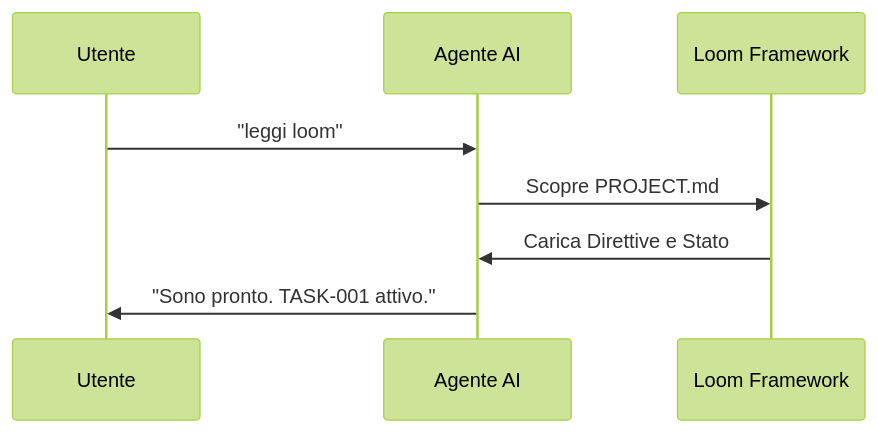
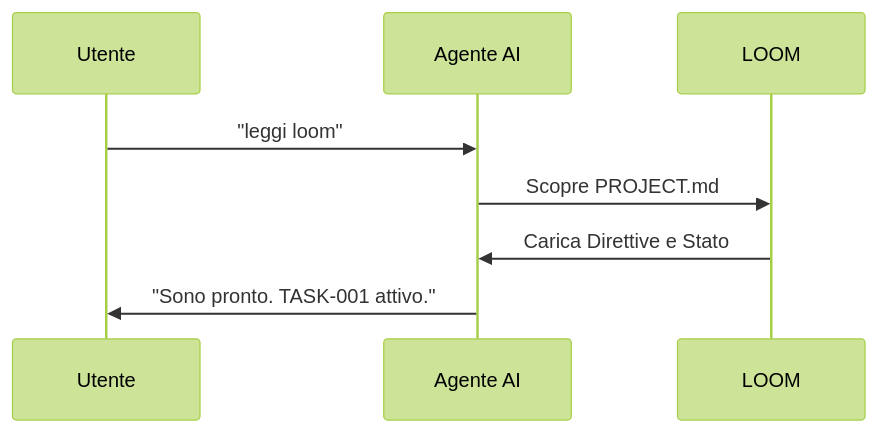
The fourth of 4 diagrams in ABSTRACT.md (otto78/loom-framework), drawn with Mermaid (forest theme) before and after one commit. The commit also changed other lines of this file and 55 other files, not shown here.

First line of the commit message:
refactor: rename framework from antigravity to loom and cleanup redundant files

````diff
--- a/ABSTRACT.md
+++ b/ABSTRACT.md
@@ -138,10 +138,10 @@
 ```mermaid
 sequenceDiagram
     participant U as Utente
     participant A as Agente AI
-    participant L as Loom Framework
+    participant L as LOOM
     U->>A: "leggi loom"
     A->>L: Scopre PROJECT.md
     L->>A: Carica Direttive e Stato
     A->>U: "Sono pronto. TASK-001 attivo."
 ```
````
